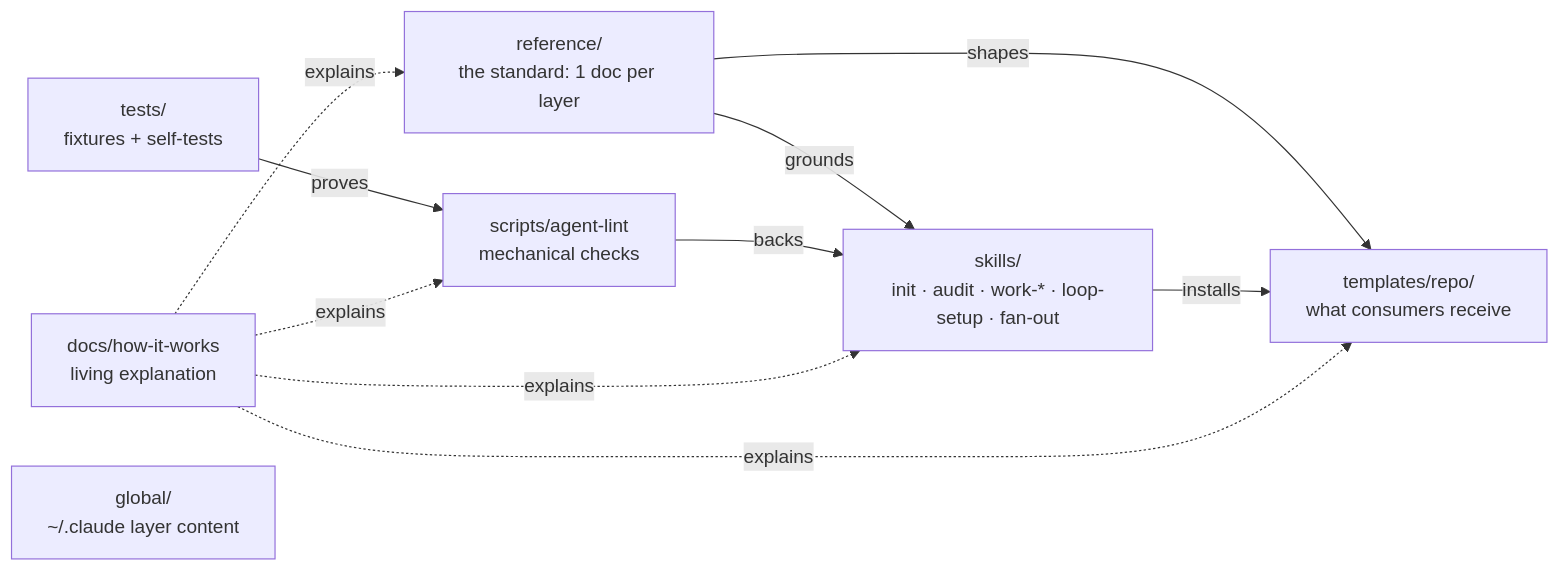
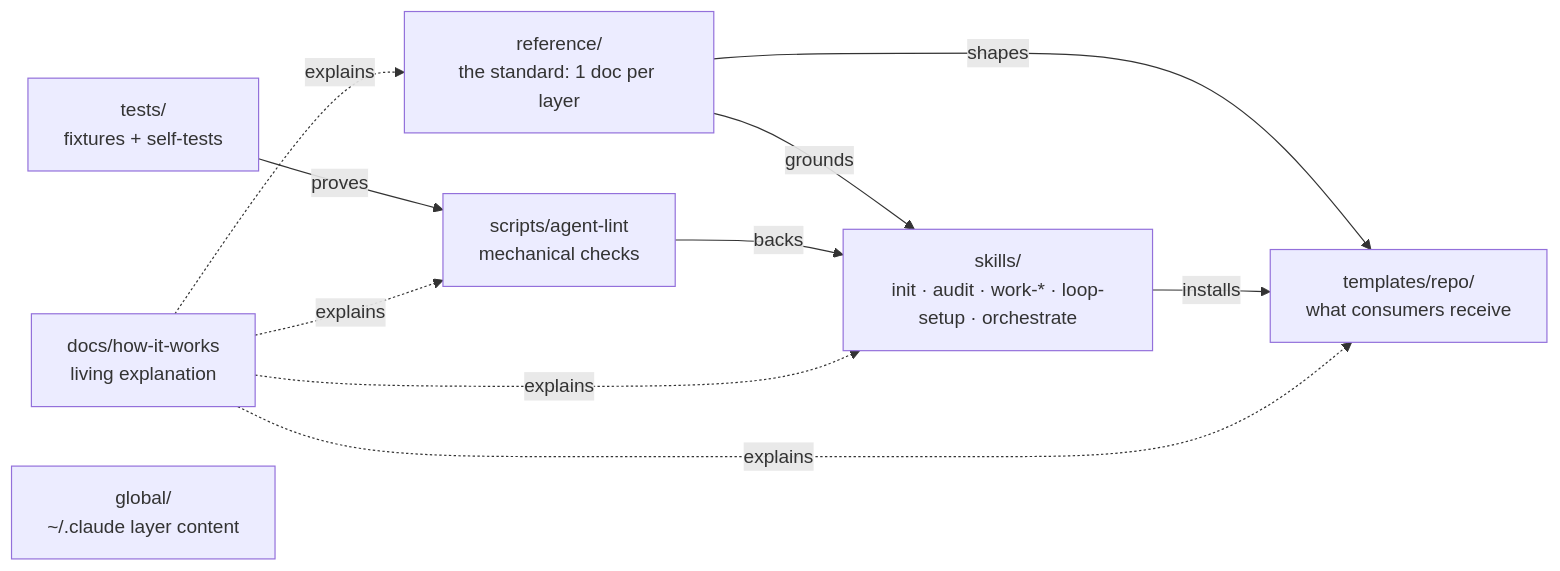
Before and after one commit to bygama/Agent-Engineering: the first of 2 diagrams in docs/how-it-works/architecture.md, drawn with Mermaid. The commit also changed other lines of this file and 13 other files, not shown here.

First line of the commit message:
docs(mat-55): sweep remaining living surfaces from fan-out to orchestrate

````diff
--- a/docs/how-it-works/architecture.md
+++ b/docs/how-it-works/architecture.md
@@ -17,10 +17,10 @@
 ```mermaid
 flowchart LR
-    REF["reference/<br/>the standard: 1 doc per layer"] -->|grounds| SK["skills/<br/>init · audit · work-* · loop-setup · fan-out"]
+    REF["reference/<br/>the standard: 1 doc per layer"] -->|grounds| SK["skills/<br/>init · audit · work-* · loop-setup · orchestrate"]
     REF -->|shapes| TPL["templates/repo/<br/>what consumers receive"]
     SK -->|installs| TPL
     SCR["scripts/agent-lint<br/>mechanical checks"] -->|backs| SK
     TST["tests/<br/>fixtures + self-tests"] -->|proves| SCR
     DOCS["docs/how-it-works<br/>living explanation"] -.->|explains| REF & SK & TPL & SCR
     GLB["global/<br/>~/.claude layer content"]
 ```
````
